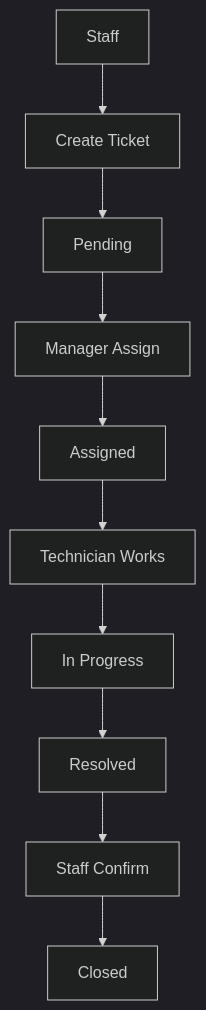
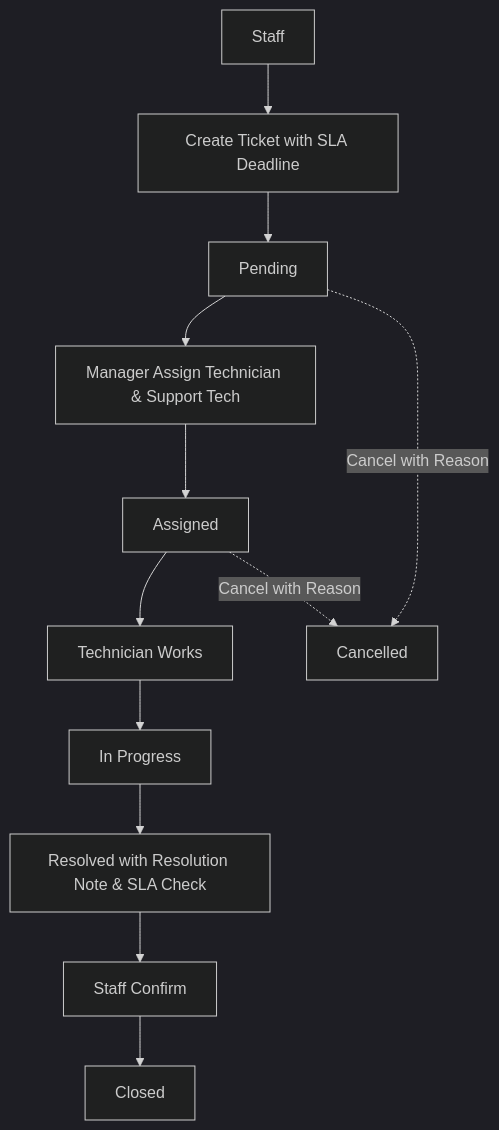
Before and after one commit to hoaiiann0804/internal-maintenance-management-system: the first of 2 diagrams in README.md, drawn with Mermaid (dark theme). The commit also changed other lines of this file, not shown here.

Commit message:
docs: update README with SLA tracking, SMTP email alerts, and refined architecture structure

````diff
--- a/README.md
+++ b/README.md
@@ -194,12 +225,14 @@
 ```mermaid
 flowchart TB
-    A[Staff] --> B[Create Ticket]
+    A[Staff] --> B[Create Ticket with SLA Deadline]
     B --> C[Pending]
-    C --> D[Manager Assign]
+    C --> D[Manager Assign Technician & Support Tech]
     D --> E[Assigned]
     E --> F[Technician Works]
     F --> G[In Progress]
-    G --> H[Resolved]
+    G --> H[Resolved with Resolution Note & SLA Check]
     H --> I[Staff Confirm]
     I --> J[Closed]
+    C -. Cancel with Reason .-> K[Cancelled]
+    E -. Cancel with Reason .-> K
 ```
````
